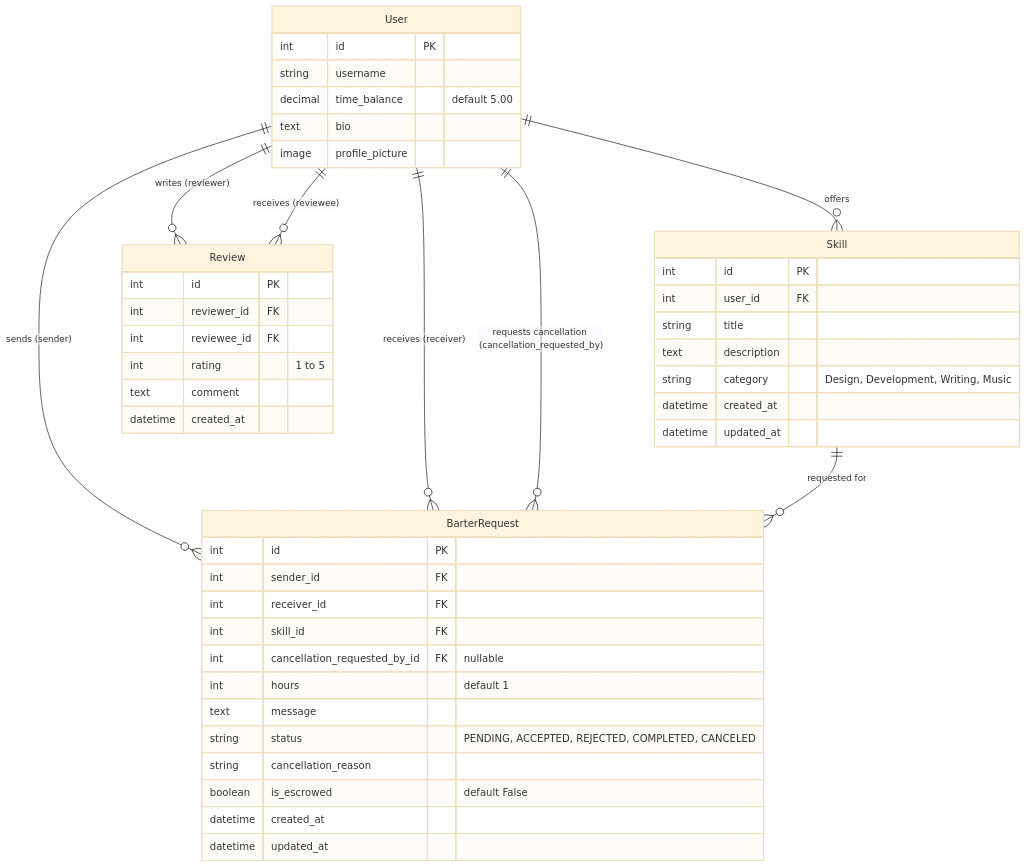
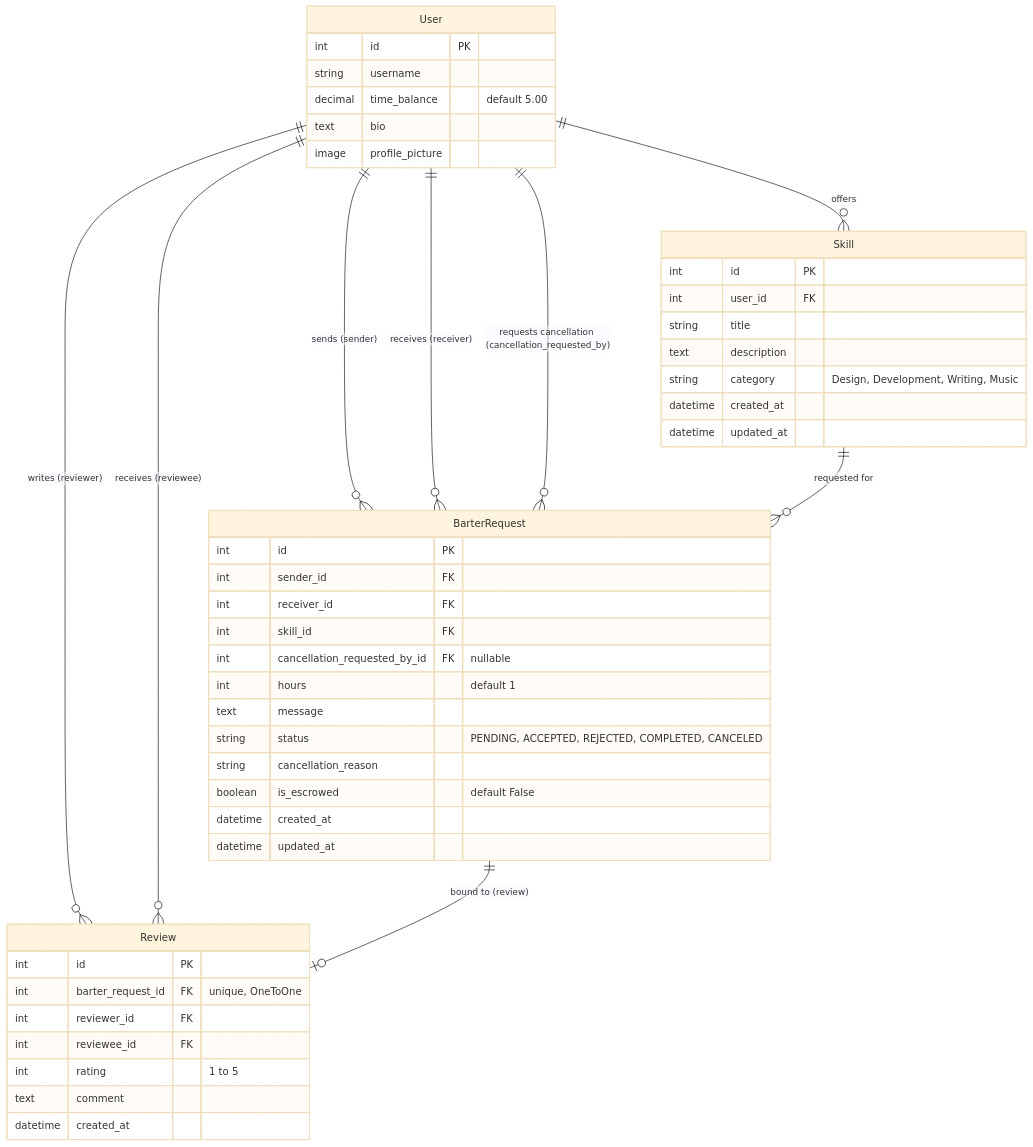
One commit to Tusarkanta-07/hourx changed the first of 2 diagrams in project_analysis_report.md. Above: the diagram before and after it, drawn with Mermaid (base theme). The commit also changed other lines of this file and 8 other files, not shown here.

Commit message:
Fix Data Integrity: Bind Reviews to Transactions via OneToOneField(BarterRequest) to prevent duplicate rating spam

````diff
--- a/project_analysis_report.md
+++ b/project_analysis_report.md
@@ -76,52 +76,54 @@
 ```mermaid
 erDiagram
     User ||--o{ Skill : "offers"
     User ||--o{ BarterRequest : "sends (sender)"
     User ||--o{ BarterRequest : "receives (receiver)"
     User ||--o{ BarterRequest : "requests cancellation (cancellation_requested_by)"
     User ||--o{ Review : "writes (reviewer)"
     User ||--o{ Review : "receives (reviewee)"
+    BarterRequest ||--o| Review : "bound to (review)"
     Skill ||--o{ BarterRequest : "requested for"
 
     User {
         int id PK
         string username
         decimal time_balance "default 5.00"
         text bio
         image profile_picture
     }
 
     Skill {
         int id PK
         int user_id FK
         string title
         text description
         string category "Design, Development, Writing, Music"
         datetime created_at
         datetime updated_at
     }
 
     BarterRequest {
         int id PK
         int sender_id FK
         int receiver_id FK
         int skill_id FK
         int cancellation_requested_by_id FK "nullable"
         int hours "default 1"
         text message
         string status "PENDING, ACCEPTED, REJECTED, COMPLETED, CANCELED"
         string cancellation_reason
         boolean is_escrowed "default False"
         datetime created_at
         datetime updated_at
     }
 
     Review {
         int id PK
+        int barter_request_id FK "unique, OneToOne"
         int reviewer_id FK
         int reviewee_id FK
         int rating "1 to 5"
         text comment
         datetime created_at
     }
 ```
````
